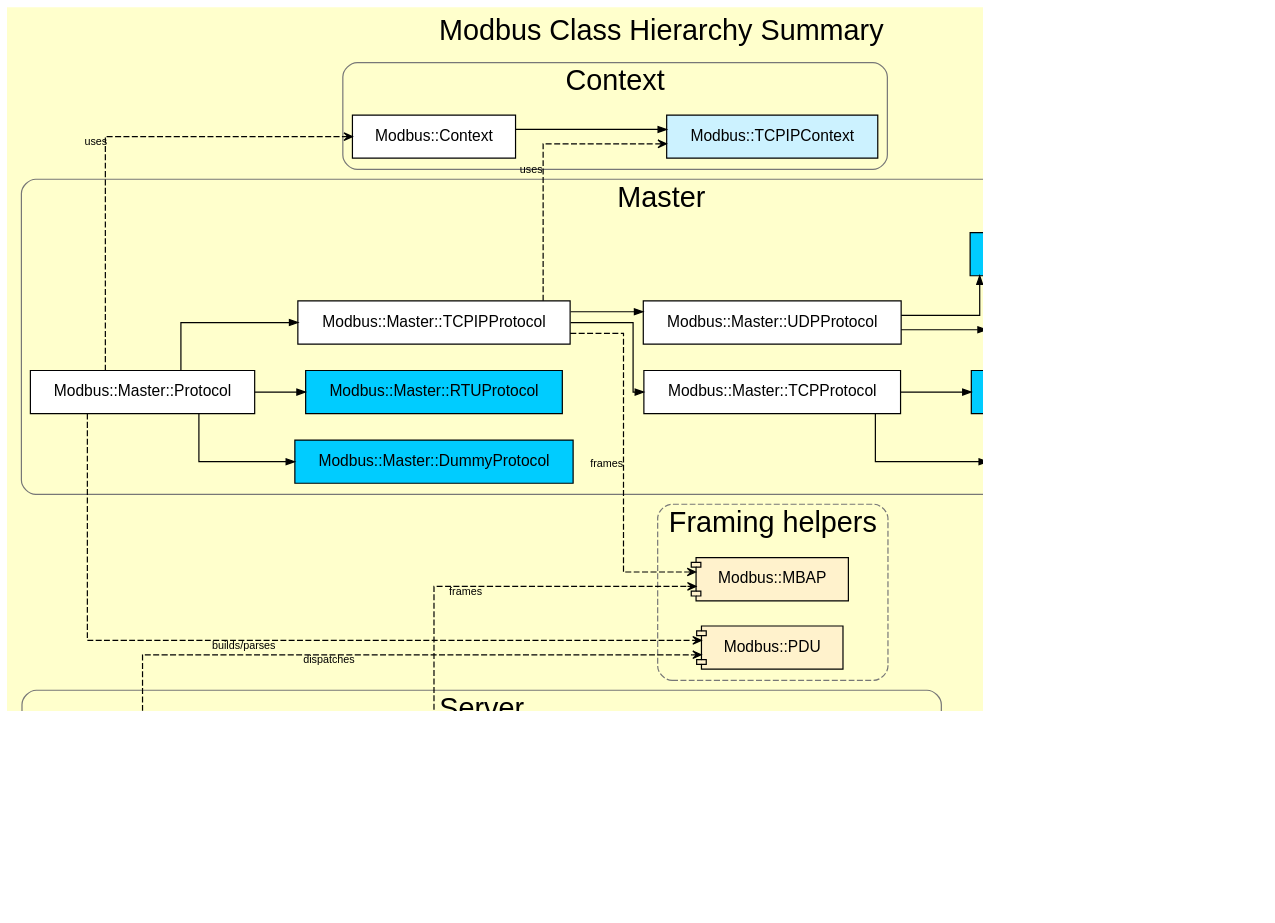
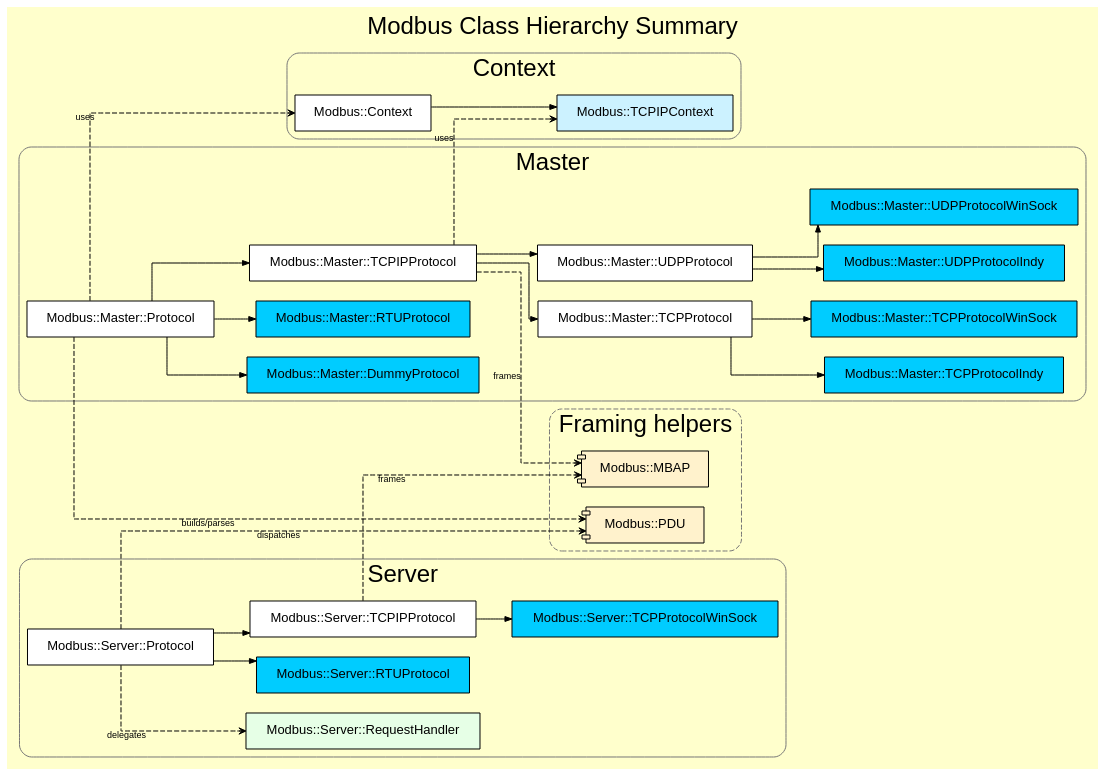
Before and after one commit to gcardi/Modbus: the diagram in Images/ClassHierarchy.dot, drawn with Graphviz. The commit also changed 4 other files, not shown here.

Commit message:
docs: publish unclipped class hierarchy diagram

```diff
--- a/Images/ClassHierarchy.dot
+++ b/Images/ClassHierarchy.dot
@@ -1,105 +1,102 @@
 digraph ClassHierarchy {
   graph [
     label="Modbus Class Hierarchy Summary",
     labelloc=t,
     fontsize=24,
     fontname="Arial",
     rankdir=LR,
-    size="10.67,7.33!",
-    dpi=96,
-    ratio=fill,
     splines=ortho,
     nodesep=0.28,
     ranksep=0.45,
     bgcolor="#ffffcc"
   ];
 
   node [
     shape=box,
     style="filled",
     fillcolor="#ffffff",
     color="#000000",
     fontname="Arial",
     fontsize=13,
     margin="0.24,0.14"
   ];
 
   edge [
     color="#000000",
     arrowsize=0.7,
     fontname="Arial",
     fontsize=9
   ];
 
   subgraph cluster_context {
     label="Context";
     color="#777777";
     style="rounded";
 
     context [label="Modbus::Context"];
     tcpip_context [label="Modbus::TCPIPContext", fillcolor="#ccf2ff"];
 
     context -> tcpip_context;
   }
 
   subgraph cluster_master {
     label="Master";
     color="#777777";
     style="rounded";
 
     master_protocol [label="Modbus::Master::Protocol"];
     master_dummy [label="Modbus::Master::DummyProtocol", fillcolor="#00ccff"];
     master_rtu [label="Modbus::Master::RTUProtocol", fillcolor="#00ccff"];
     master_tcpip [label="Modbus::Master::TCPIPProtocol"];
     master_tcp [label="Modbus::Master::TCPProtocol"];
     master_udp [label="Modbus::Master::UDPProtocol"];
     master_tcp_indy [label="Modbus::Master::TCPProtocolIndy", fillcolor="#00ccff"];
     master_tcp_winsock [label="Modbus::Master::TCPProtocolWinSock", fillcolor="#00ccff"];
     master_udp_indy [label="Modbus::Master::UDPProtocolIndy", fillcolor="#00ccff"];
     master_udp_winsock [label="Modbus::Master::UDPProtocolWinSock", fillcolor="#00ccff"];
 
     master_protocol -> master_dummy;
     master_protocol -> master_rtu;
     master_protocol -> master_tcpip;
     master_tcpip -> master_tcp;
     master_tcpip -> master_udp;
     master_tcp -> master_tcp_indy;
     master_tcp -> master_tcp_winsock;
     master_udp -> master_udp_indy;
     master_udp -> master_udp_winsock;
   }
 
   subgraph cluster_server {
     label="Server";
     color="#777777";
     style="rounded";
 
     server_handler [label="Modbus::Server::RequestHandler", fillcolor="#e6ffe6"];
     server_protocol [label="Modbus::Server::Protocol"];
     server_rtu [label="Modbus::Server::RTUProtocol", fillcolor="#00ccff"];
     server_tcpip [label="Modbus::Server::TCPIPProtocol"];
     server_tcp_winsock [label="Modbus::Server::TCPProtocolWinSock", fillcolor="#00ccff"];
 
     server_protocol -> server_rtu;
     server_protocol -> server_tcpip;
     server_tcpip -> server_tcp_winsock;
   }
 
   subgraph cluster_helpers {
     label="Framing helpers";
     color="#777777";
     style="rounded,dashed";
 
     pdu [label="Modbus::PDU", shape=component, fillcolor="#fff2cc"];
     mbap [label="Modbus::MBAP", shape=component, fillcolor="#fff2cc"];
   }
 
   master_protocol -> context [style=dashed, arrowhead=open, xlabel="uses"];
   master_tcpip -> tcpip_context [style=dashed, arrowhead=open, xlabel="uses"];
   server_protocol -> server_handler [style=dashed, arrowhead=open, xlabel="delegates"];
 
   master_protocol -> pdu [style=dashed, arrowhead=open, xlabel="builds/parses"];
   server_protocol -> pdu [style=dashed, arrowhead=open, xlabel="dispatches"];
   master_tcpip -> mbap [style=dashed, arrowhead=open, xlabel="frames"];
   server_tcpip -> mbap [style=dashed, arrowhead=open, xlabel="frames"];
 }
```
